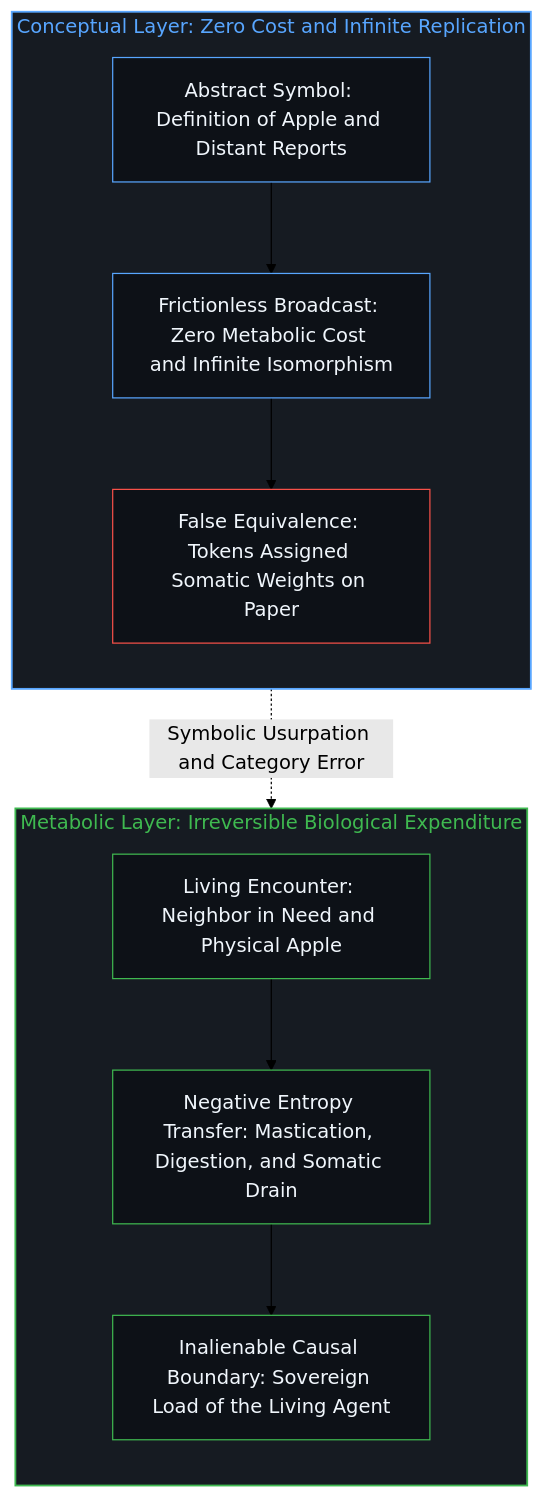
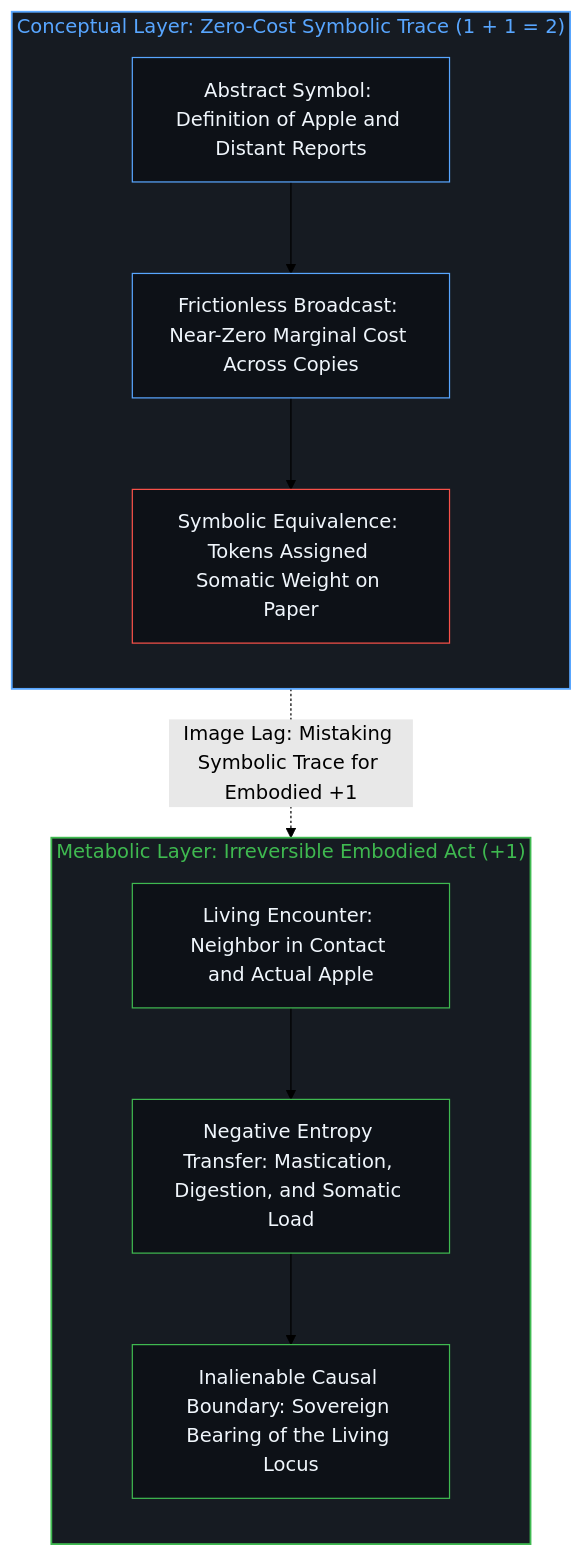
The second of 8 diagrams in content/posts/abstract-pain-and-living-hunger.md (powerpig99/not-a-toe), drawn with Mermaid (forest theme) before and after one commit. The commit also changed other lines of this file and 7 other files, not shown here.

````diff
--- a/content/posts/abstract-pain-and-living-hunger.md
+++ b/content/posts/abstract-pain-and-living-hunger.md
@@ -46,26 +46,26 @@
 ```mermaid
 flowchart TD
-    subgraph S_Concept["Conceptual Layer: Zero Cost and Infinite Replication"]
+    subgraph S_Concept["Conceptual Layer: Zero-Cost Symbolic Trace (1 + 1 = 2)"]
         direction TB
         C1["Abstract Symbol: Definition of Apple and Distant Reports"]
-        C2["Frictionless Broadcast: Zero Metabolic Cost and Infinite Isomorphism"]
-        C3["False Equivalence: Tokens Assigned Somatic Weights on Paper"]
+        C2["Frictionless Broadcast: Near-Zero Marginal Cost Across Copies"]
+        C3["Symbolic Equivalence: Tokens Assigned Somatic Weight on Paper"]
     end
-    subgraph S_Metabolism["Metabolic Layer: Irreversible Biological Expenditure"]
+    subgraph S_Metabolism["Metabolic Layer: Irreversible Embodied Act (+1)"]
         direction TB
-        M1["Living Encounter: Neighbor in Need and Physical Apple"]
-        M2["Negative Entropy Transfer: Mastication, Digestion, and Somatic Drain"]
-        M3["Inalienable Causal Boundary: Sovereign Load of the Living Agent"]
+        M1["Living Encounter: Neighbor in Contact and Actual Apple"]
+        M2["Negative Entropy Transfer: Mastication, Digestion, and Somatic Load"]
+        M3["Inalienable Causal Boundary: Sovereign Bearing of the Living Locus"]
     end
     C1 --> C2 --> C3
     M1 --> M2 --> M3
-    C3 -. "Symbolic Usurpation and Category Error" .-> M3
+    C3 -. "Image Lag: Mistaking Symbolic Trace for Embodied +1" .-> M3
     style S_Concept fill:#161b22,stroke:#58a6ff,stroke-width:1.5px,color:#58a6ff
     style S_Metabolism fill:#161b22,stroke:#3fb950,stroke-width:1.5px,color:#3fb950
     style C1 fill:#0d1117,stroke:#58a6ff,stroke-width:1px,color:#f0f6fc
     style C2 fill:#0d1117,stroke:#58a6ff,stroke-width:1px,color:#f0f6fc
     style C3 fill:#0d1117,stroke:#f85149,stroke-width:1px,color:#f0f6fc
     style M1 fill:#0d1117,stroke:#3fb950,stroke-width:1px,color:#f0f6fc
     style M2 fill:#0d1117,stroke:#3fb950,stroke-width:1px,color:#f0f6fc
     style M3 fill:#0d1117,stroke:#3fb950,stroke-width:1px,color:#f0f6fc
 ```
````
